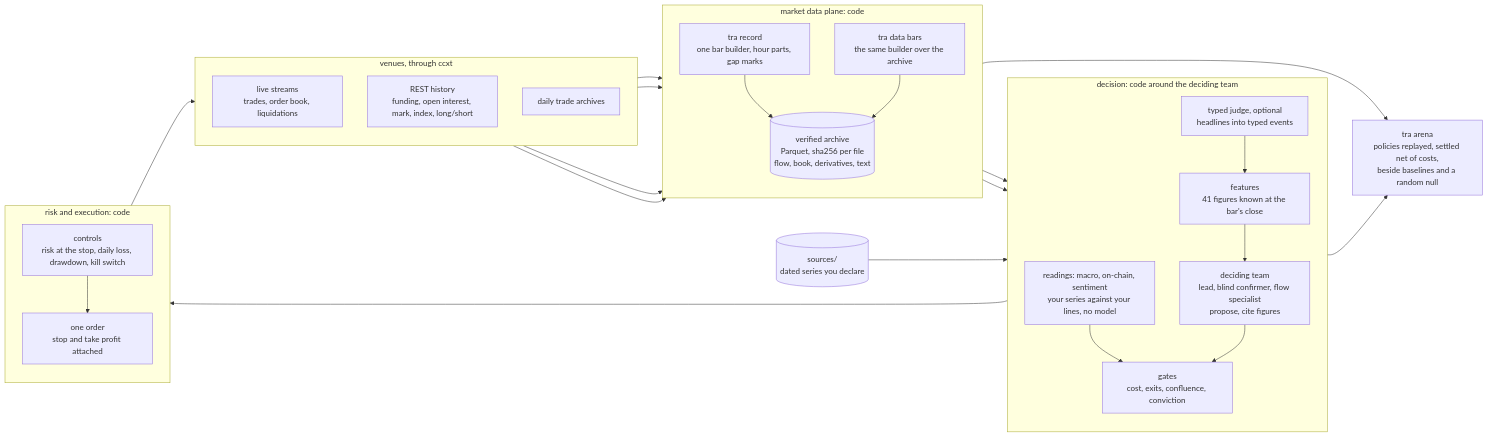
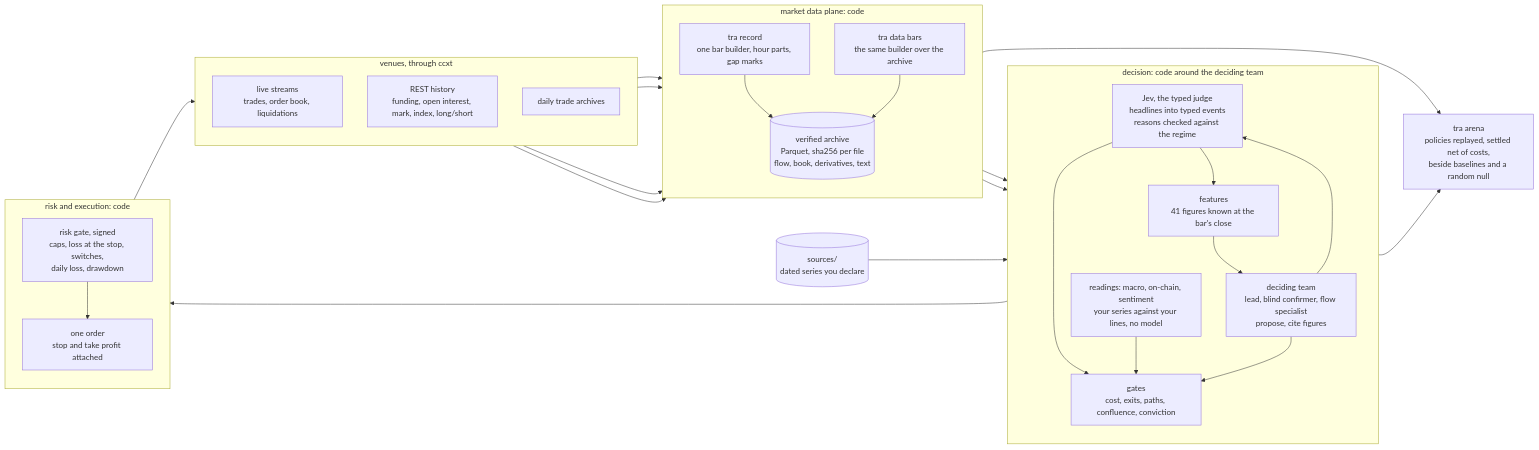
The first of 2 diagrams in README.md (BijectiveLabs/bitra), drawn with Mermaid before and after one commit. The commit also changed other lines of this file and 22 other files, not shown here.

Commit message:
The paths: the instrument's own candles drawn forward and read at the trade's levels, in the cycle and the arena; Jev's place in the hybrid

````diff
--- a/README.md
+++ b/README.md
@@ -106,40 +108,41 @@
 ```mermaid
 flowchart LR
     subgraph venues["venues, through ccxt"]
         direction TB
         streams["live streams<br/>trades, order book, liquidations"]
         rest["REST history<br/>funding, open interest, mark, index, long/short"]
         archives["daily trade archives"]
     end
     subgraph plane["market data plane: code"]
         direction TB
         record["tra record<br/>one bar builder, hour parts, gap marks"]
         bars["tra data bars<br/>the same builder over the archive"]
         store[("verified archive<br/>Parquet, sha256 per file<br/>flow, book, derivatives, text")]
     end
     subgraph decide["decision: code around the deciding team"]
         direction TB
-        judge["typed judge, optional<br/>headlines into typed events"]
+        judge["Jev, the typed judge<br/>headlines into typed events<br/>reasons checked against the regime"]
         features["features<br/>41 figures known at the bar's close"]
         readings["readings: macro, on-chain, sentiment<br/>your series against your lines, no model"]
         analyst["deciding team<br/>lead, blind confirmer, flow specialist<br/>propose, cite figures"]
-        gates["gates<br/>cost, exits, confluence, conviction"]
+        gates["gates<br/>cost, exits, paths, confluence, conviction"]
     end
     shelf[("sources/<br/>dated series you declare")]
     subgraph act["risk and execution: code"]
         direction TB
-        risk["controls<br/>risk at the stop, daily loss, drawdown, kill switch"]
+        risk["risk gate, signed<br/>caps, loss at the stop, switches,<br/>daily loss, drawdown"]
         order["one order<br/>stop and take profit attached"]
     end
     arena["tra arena<br/>policies replayed, settled net of costs,<br/>beside baselines and a random null"]
     streams --> record --> store
     archives --> bars --> store
     rest --> record
     rest --> bars
     store --> features
     store --> judge --> features
+    analyst --> judge --> gates
     shelf --> readings --> gates
     features --> analyst --> gates --> risk --> order --> venues
     store --> arena
     features --> arena
 ```
````
